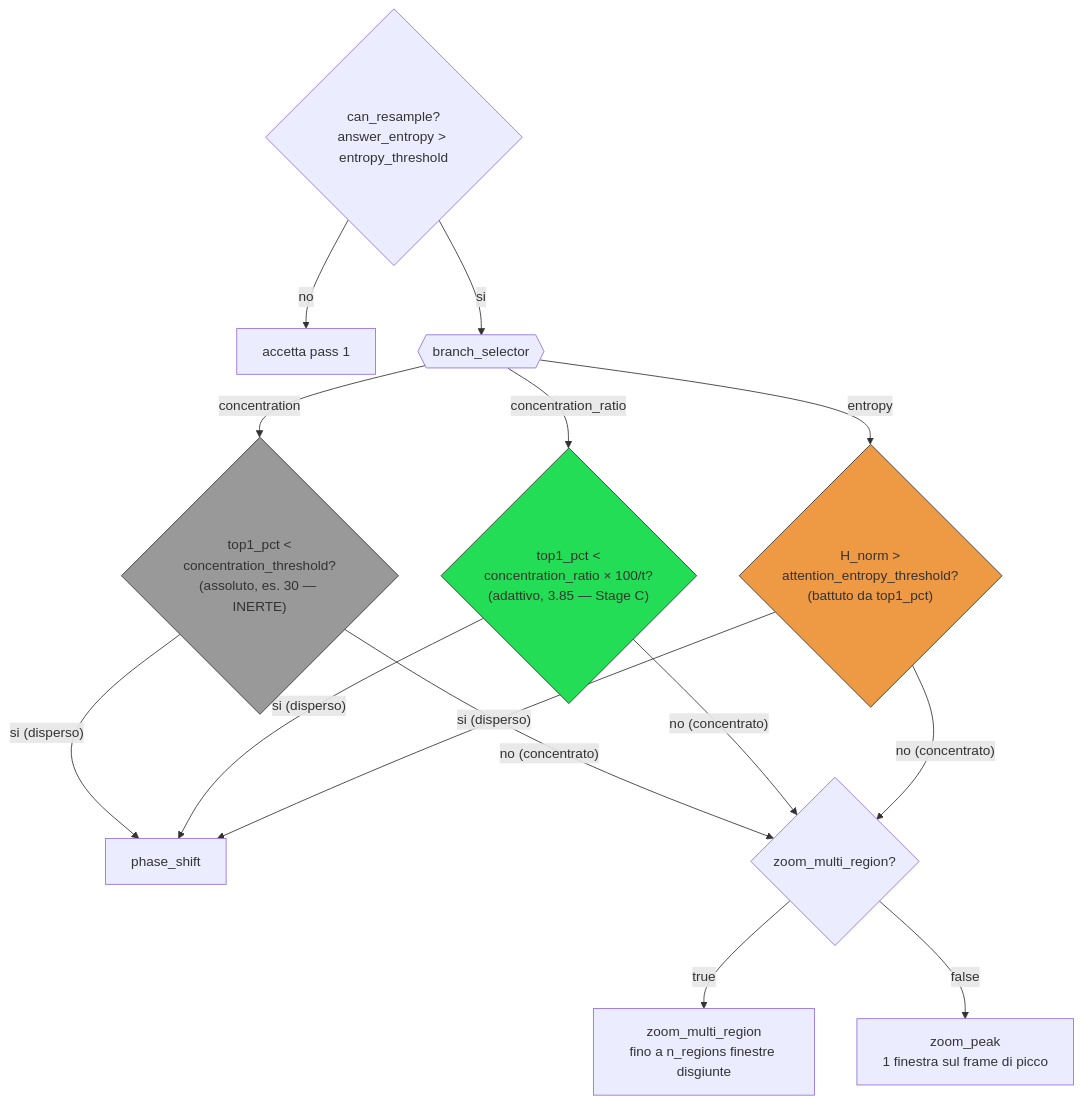
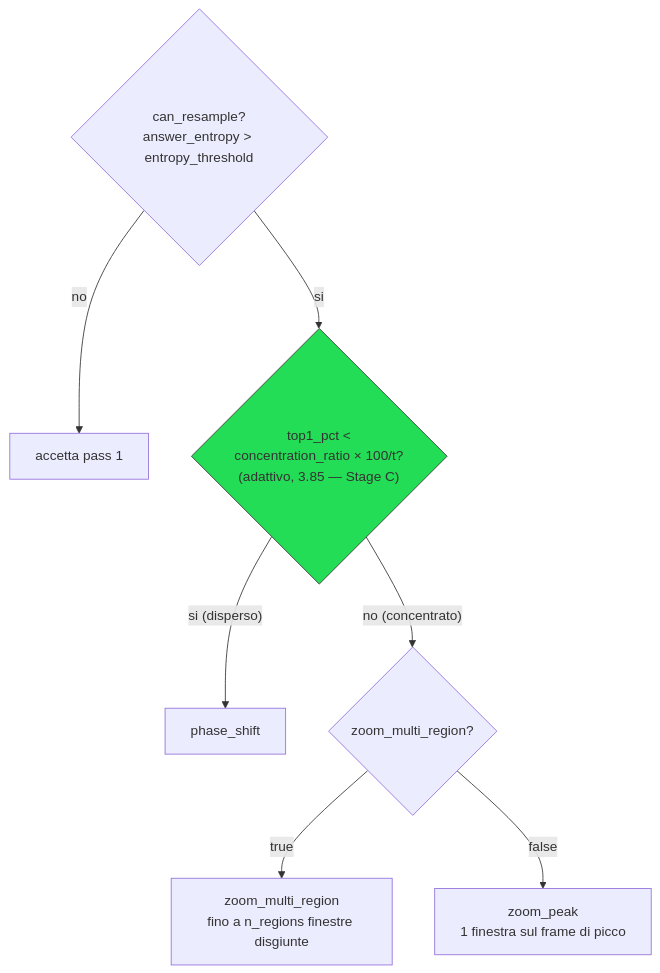
Before and after one commit to nyrfinyr/VideoLLM: the third of 3 diagrams in docs/sintesi_segnali_router_concentrazione.md, drawn with Mermaid. The commit also changed other lines of this file and 5 other files, not shown here.

````diff
--- a/docs/sintesi_segnali_router_concentrazione.md
+++ b/docs/sintesi_segnali_router_concentrazione.md
@@ -245,25 +263,12 @@
 ```mermaid
 flowchart TD
     G{"can_resample?<br/>answer_entropy > entropy_threshold"} -- no --> ACC["accetta pass 1"]
-    G -- si --> BS{{"branch_selector"}}
+    G -- si --> C2{"top1_pct <<br/>concentration_ratio × 100/t?<br/>(adattivo, 3.85 — Stage C)"}
 
-    BS -- concentration --> C1{"top1_pct <<br/>concentration_threshold?<br/>(assoluto, es. 30 — INERTE)"}
-    BS -- concentration_ratio --> C2{"top1_pct <<br/>concentration_ratio × 100/t?<br/>(adattivo, 3.85 — Stage C)"}
-    BS -- entropy --> C3{"H_norm ><br/>attention_entropy_threshold?<br/>(battuto da top1_pct)"}
-
-    C1 -- "si (disperso)" --> PS
-    C1 -- "no (concentrato)" --> ZOOM
-    C2 -- "si (disperso)" --> PS
-    C2 -- "no (concentrato)" --> ZOOM
-    C3 -- "si (disperso)" --> PS
-    C3 -- "no (concentrato)" --> ZOOM
-
-    PS["phase_shift"]
-    ZOOM{"zoom_multi_region?"}
+    C2 -- "si (disperso)" --> PS["phase_shift"]
+    C2 -- "no (concentrato)" --> ZOOM{"zoom_multi_region?"}
     ZOOM -- true --> ZMR["zoom_multi_region<br/>fino a n_regions finestre disgiunte"]
     ZOOM -- false --> ZP["zoom_peak<br/>1 finestra sul frame di picco"]
 
     style C2 fill:#2d5,stroke:#333
-    style C1 fill:#999,stroke:#333
-    style C3 fill:#e94,stroke:#333
 ```
````
